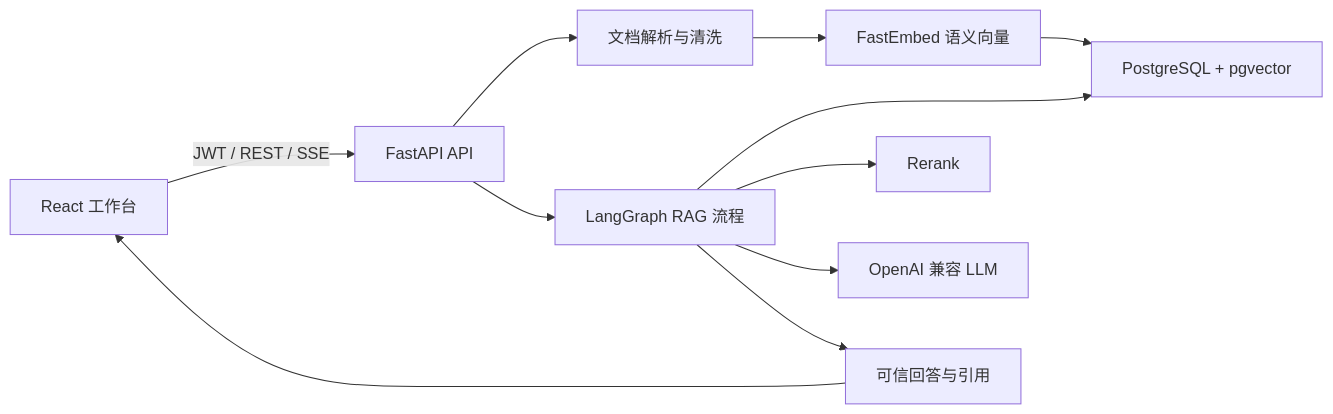
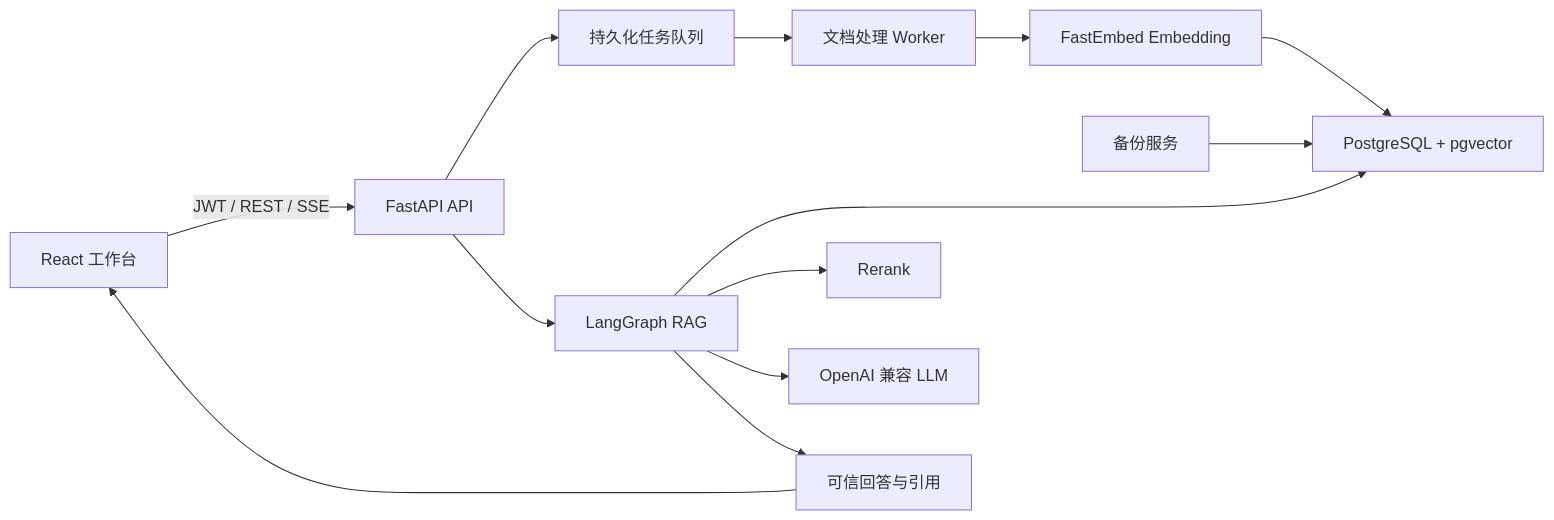
One commit to taosunshine/enterprise-ai-kb changed the diagram in README.md. Above: the diagram before and after it, drawn with Mermaid. The commit also changed other lines of this file, not shown here.

````diff
--- a/README.md
+++ b/README.md
@@ -78,13 +25,15 @@
 ```mermaid
 flowchart LR
-    U["React 工作台"] -->|JWT / REST / SSE| A["FastAPI API"]
-    A --> D["文档解析与清洗"]
-    D --> E["FastEmbed 语义向量"]
+    U["React 工作台"] -->|"JWT / REST / SSE"| A["FastAPI API"]
+    A --> Q["持久化任务队列"]
+    Q --> W["文档处理 Worker"]
+    W --> E["FastEmbed Embedding"]
     E --> P["PostgreSQL + pgvector"]
-    A --> G["LangGraph RAG 流程"]
+    A --> G["LangGraph RAG"]
     G --> P
     G --> R["Rerank"]
     G --> L["OpenAI 兼容 LLM"]
     G --> C["可信回答与引用"]
     C --> U
+    B["备份服务"] --> P
 ```
````
